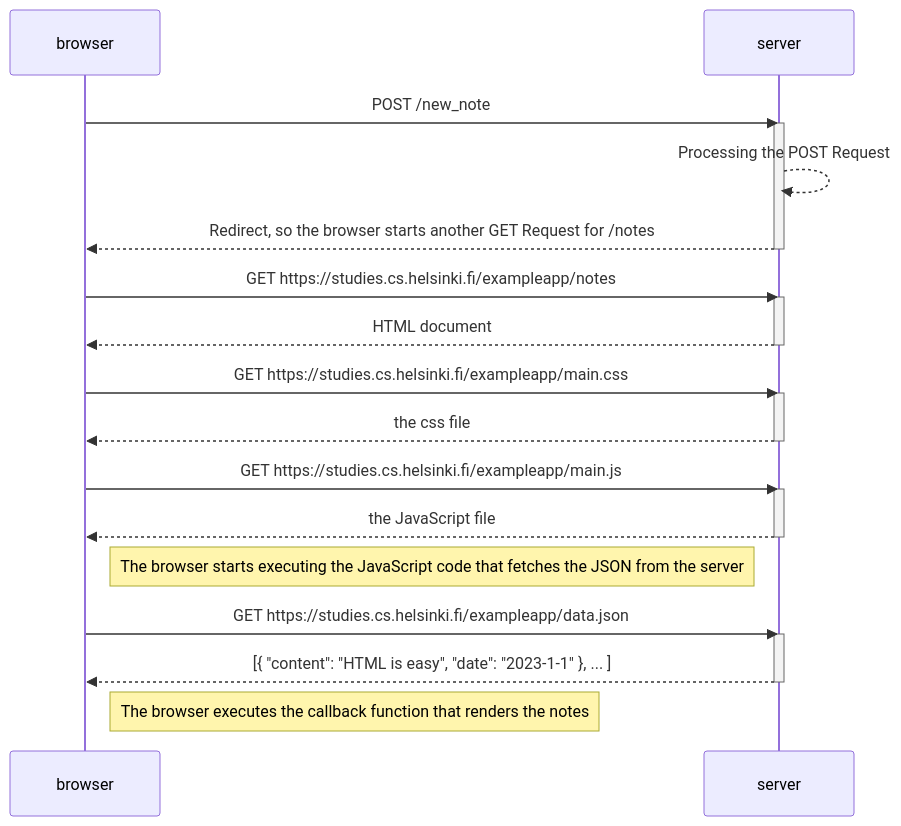
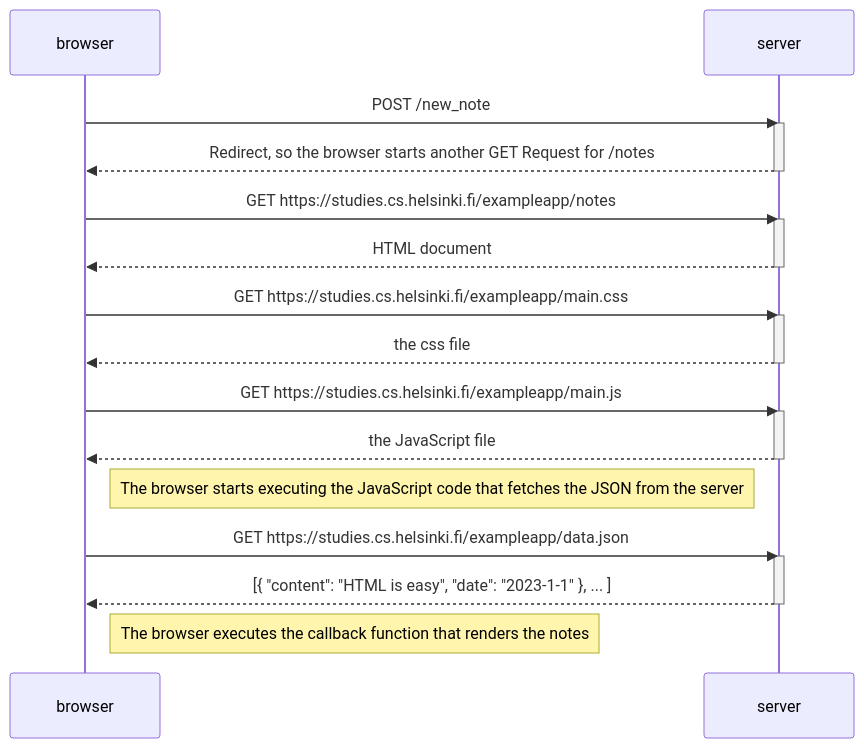
Before and after one commit to manurik95/part0: the diagram in Exercise0_4.md, drawn with Mermaid.

````diff
--- a/Exercise0_4.md
+++ b/Exercise0_4.md
@@ -4,35 +4,34 @@
 ```mermaid
 sequenceDiagram
     participant browser
     participant server
 
     browser->>server: POST /new_note
     activate server
-     server-->>server: Processing the POST Request
     server-->>browser: Redirect, so the browser starts another GET Request for /notes
     deactivate server
 
     browser->>server: GET https://studies.cs.helsinki.fi/exampleapp/notes
     activate server
     server-->>browser: HTML document
     deactivate server
 
     browser->>server: GET https://studies.cs.helsinki.fi/exampleapp/main.css
     activate server
     server-->>browser: the css file
     deactivate server
 
     browser->>server: GET https://studies.cs.helsinki.fi/exampleapp/main.js
     activate server
     server-->>browser: the JavaScript file
     deactivate server
 
     Note right of browser: The browser starts executing the JavaScript code that fetches the JSON from the server
 
     browser->>server: GET https://studies.cs.helsinki.fi/exampleapp/data.json
     activate server
     server-->>browser: [{ "content": "HTML is easy", "date": "2023-1-1" }, ... ]
     deactivate server
 
     Note right of browser: The browser executes the callback function that renders the notes
 ```
````
